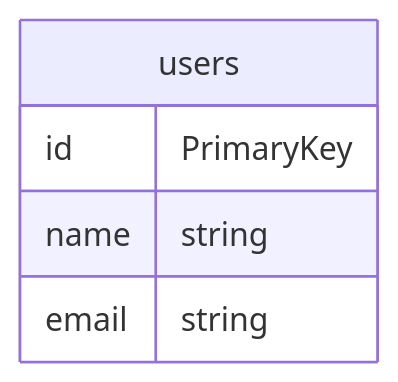
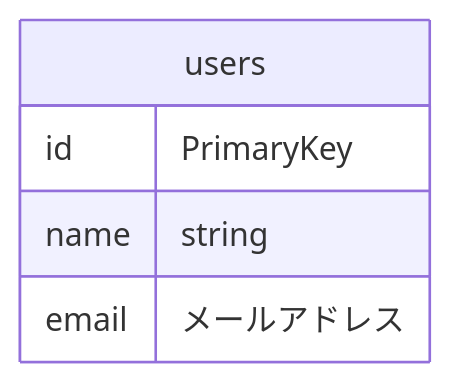
Before and after one commit to takesoo/mermaid: the diagram in er.md, drawn with Mermaid.

````diff
--- a/er.md
+++ b/er.md
@@ -1,8 +1,8 @@
 ```mermaid
 erDiagram
 users {
   id PrimaryKey
   name string
-  email string
+  email メールアドレス
 }
 ```
````
